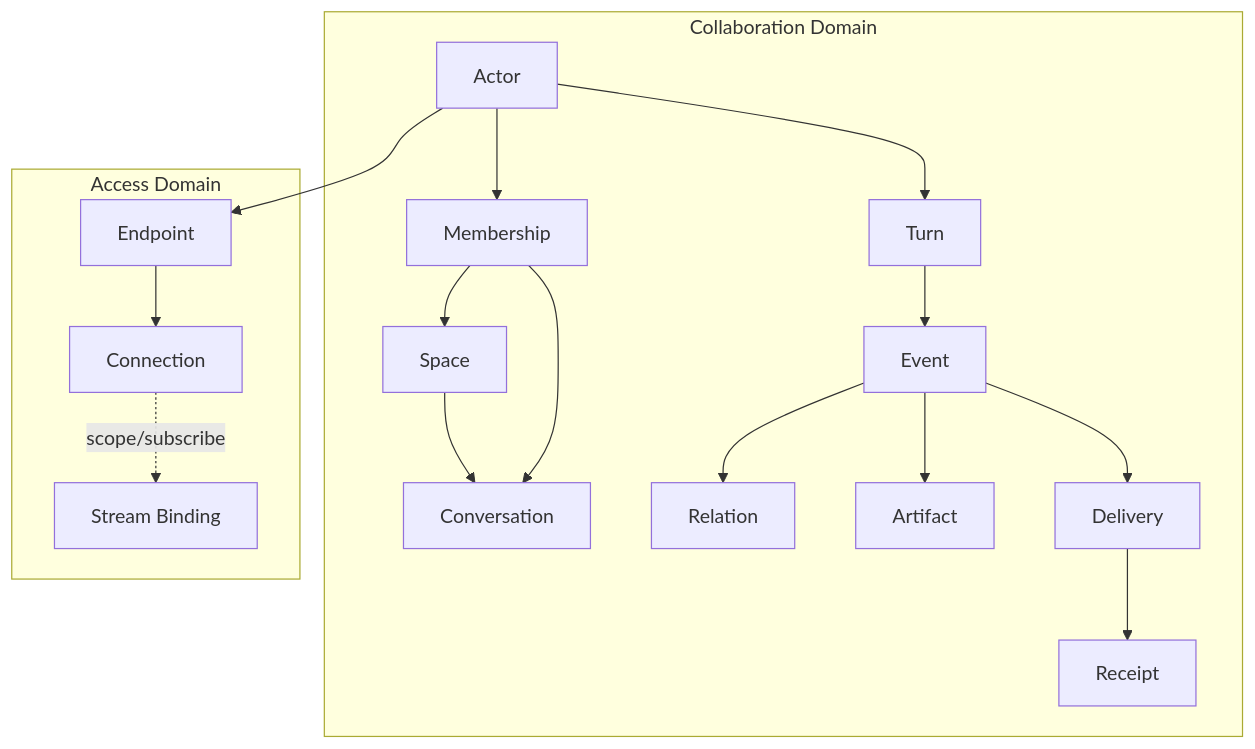
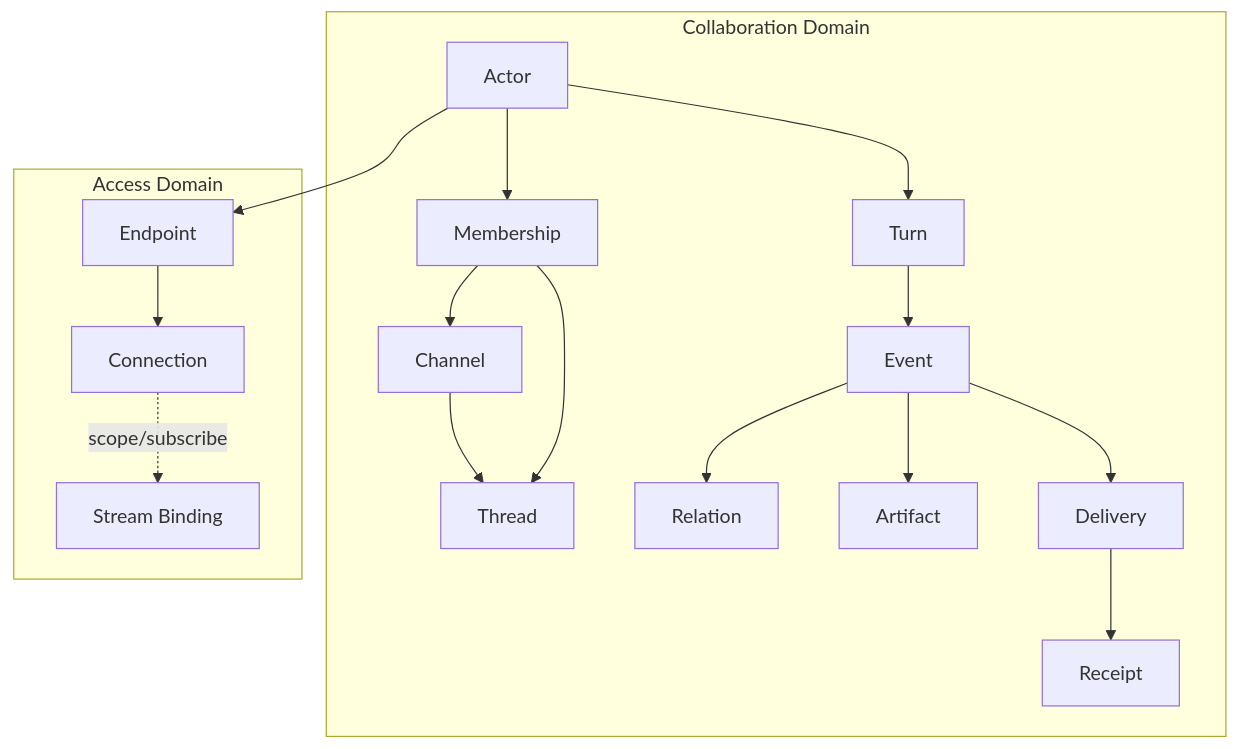
One commit to wyw-ai/loom changed the first of 5 diagrams in docs/protocol/open-multi-actor-collaboration-protocol-v0.md. Above: the diagram before and after it, drawn with Mermaid. The commit also changed other lines of this file and 29 other files, not shown here.

````diff
--- a/docs/protocol/open-multi-actor-collaboration-protocol-v0.md
+++ b/docs/protocol/open-multi-actor-collaboration-protocol-v0.md
@@ -89,36 +89,36 @@
 ```mermaid
 flowchart TD
   subgraph Collaboration["Collaboration Domain"]
     ACTOR["Actor"]
-    SPACE["Space"]
-    CONV["Conversation"]
+    SPACE["Channel"]
+    CONV["Thread"]
     TURN["Turn"]
     EVENT["Event"]
     REL["Relation"]
     ART["Artifact"]
     MEMBER["Membership"]
     DEL["Delivery"]
     REC["Receipt"]
 
     SPACE --> CONV
     ACTOR --> MEMBER
     MEMBER --> SPACE
     MEMBER --> CONV
     ACTOR --> TURN
     TURN --> EVENT
     EVENT --> REL
     EVENT --> ART
     EVENT --> DEL
     DEL --> REC
   end
 
   subgraph Access["Access Domain"]
     ENDPOINT["Endpoint"]
     CONN["Connection"]
     STREAM["Stream Binding"]
   end
 
   ACTOR --> ENDPOINT
   ENDPOINT --> CONN
   CONN -. scope/subscribe .-> STREAM
 ```
````
